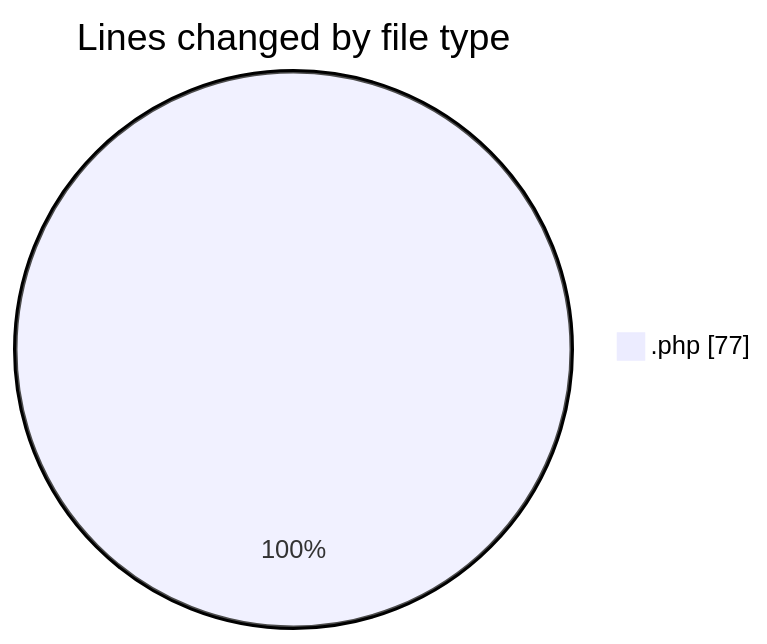
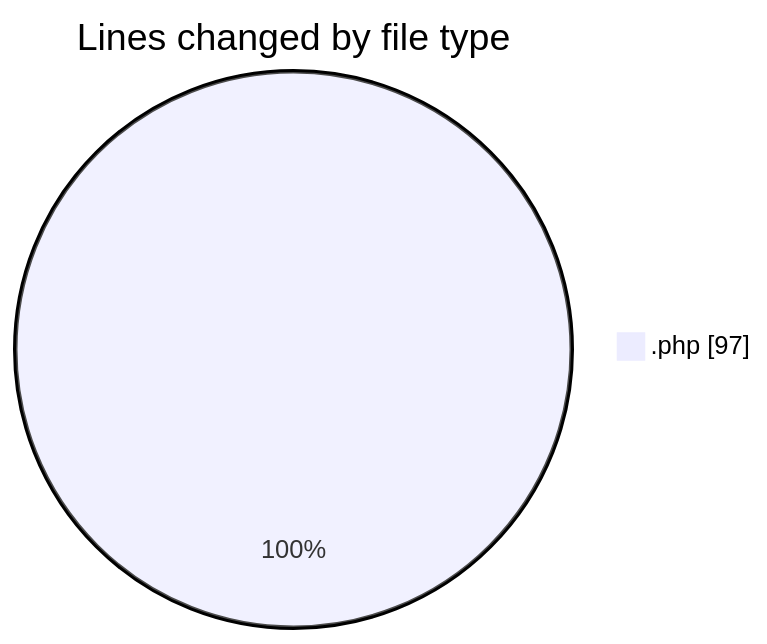
The first of 2 diagrams in 2025-06-16/studio-backend/README.md (idhammustaqopulfikri/code-tracking), drawn with Mermaid before and after one commit. The commit also changed other lines of this file and 1 other file, not shown here.

````diff
--- a/2025-06-16/studio-backend/README.md
+++ b/2025-06-16/studio-backend/README.md
@@ -20,5 +20,5 @@
 ```mermaid
 pie showData
 title Lines changed by file type
-".php" : 77
+".php" : 97
 ```
````
